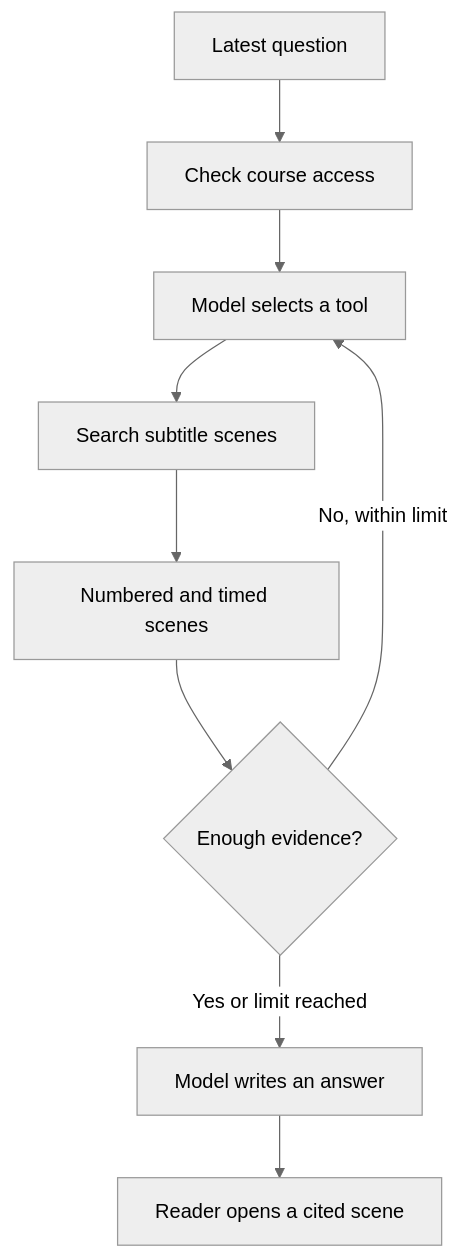
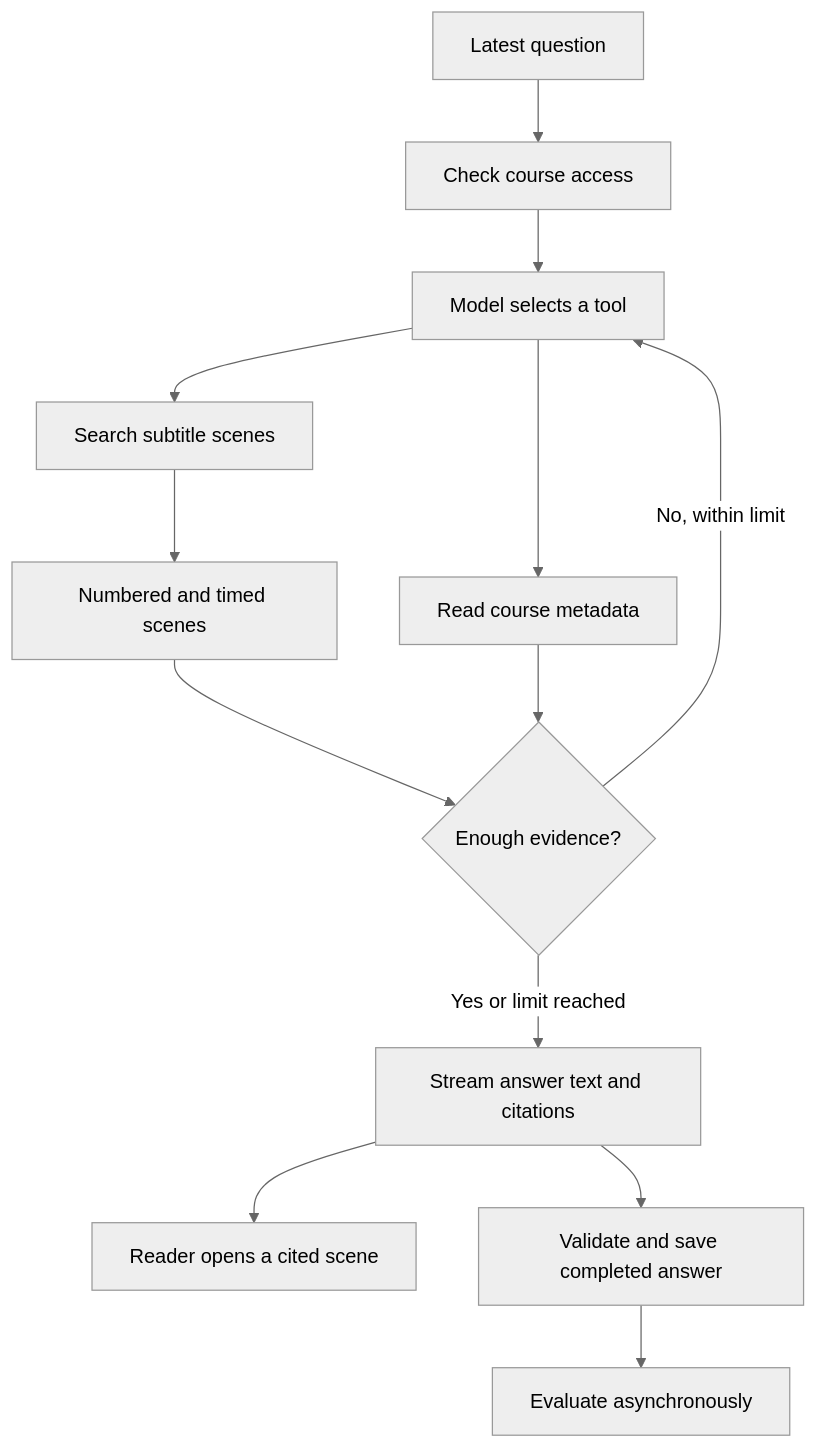
One commit to yukiharada1228/videoq changed the diagram in docs/concepts/how-ai-works.md. Above: the diagram before and after it, drawn with Mermaid (neutral theme). The commit also changed other lines of this file and 25 other files, not shown here.

````diff
--- a/docs/concepts/how-ai-works.md
+++ b/docs/concepts/how-ai-works.md
@@ -35,11 +49,15 @@
 ```mermaid
 flowchart TD
     Q[Latest question] --> A[Check course access]
     A --> M[Model selects a tool]
     M --> S[Search subtitle scenes]
+    M --> I[Read course metadata]
     S --> R[Numbered and timed scenes]
     R --> D{Enough evidence?}
+    I --> D
     D -->|No, within limit| M
-    D -->|Yes or limit reached| F[Model writes an answer]
+    D -->|Yes or limit reached| F[Stream answer text and citations]
     F --> C[Reader opens a cited scene]
+    F --> V[Validate and save completed answer]
+    V --> E[Evaluate asynchronously]
 ```
````
